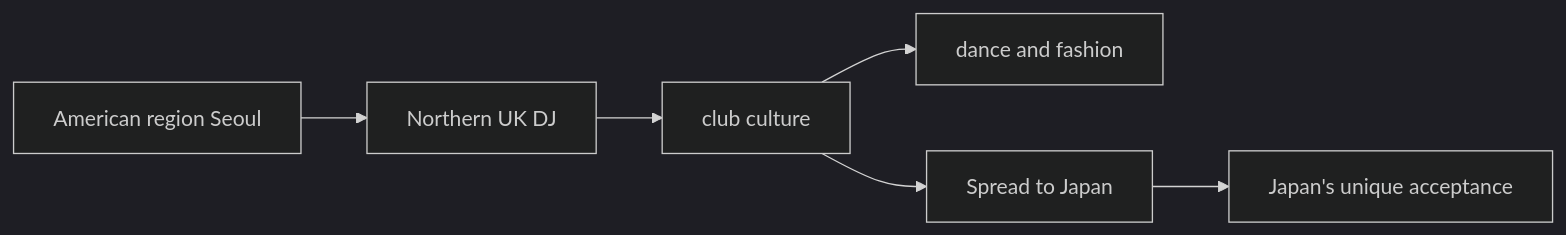
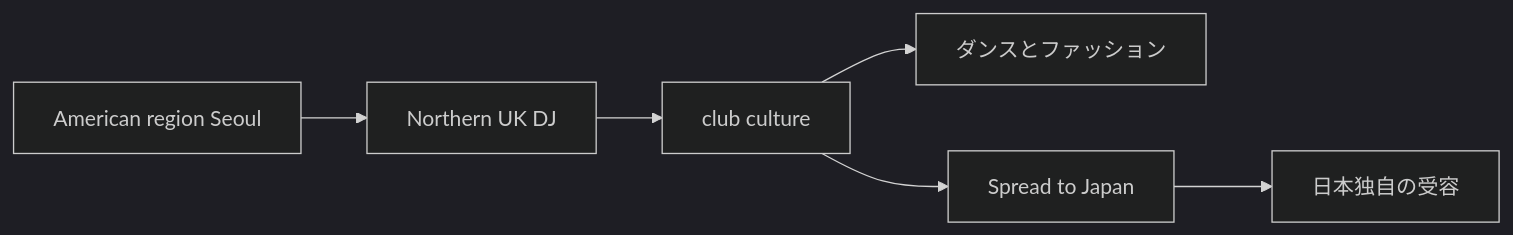
One commit to monumental-movement/monumental-movement.github.io changed the second of 2 diagrams in en/_posts/2026-01-16-column-northern-soul.md. Above: the diagram before and after it, drawn with Mermaid (dark theme). The commit also changed other lines of this file and 1012 other files, not shown here.

```diff
--- a/en/_posts/2026-01-16-column-northern-soul.md
+++ b/en/_posts/2026-01-16-column-northern-soul.md
@@ -156,8 +156,8 @@
 <div class="mermaid">
 graph LR
 A[American region Seoul] --> B[Northern UK DJ]
 B --> C[club culture]
-C --> D[dance and fashion]
+C --> D[ダンスとファッション]
 C --> E[Spread to Japan]
-E --> F[Japan's unique acceptance]
+E --> F[日本独自の受容]
 </div>
```
